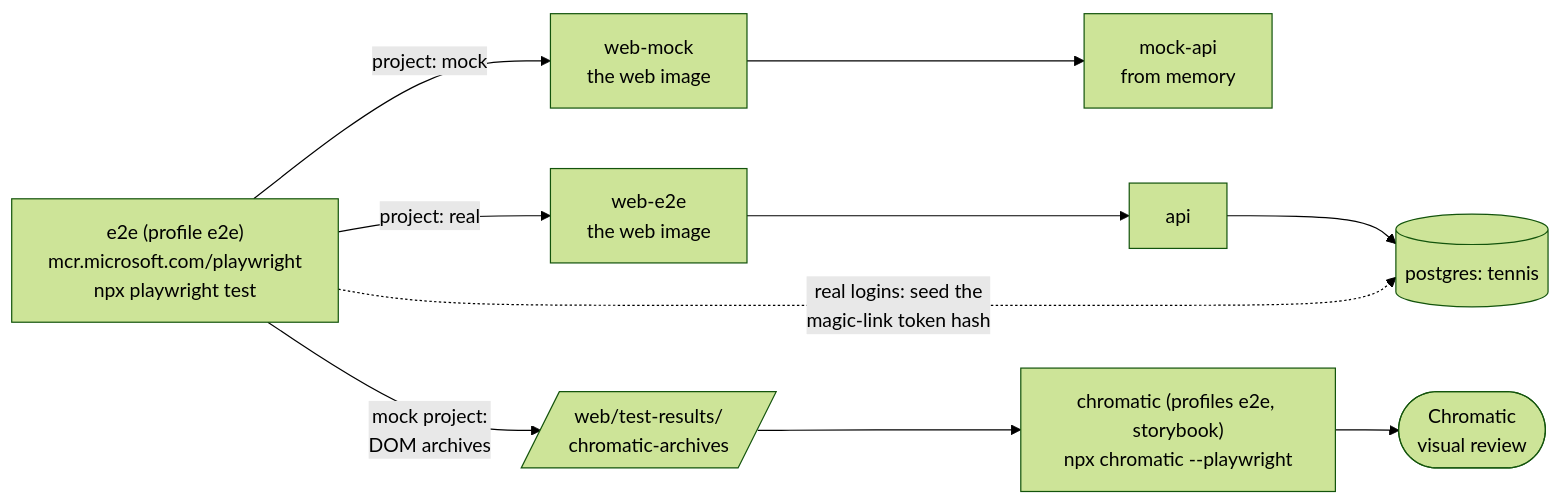
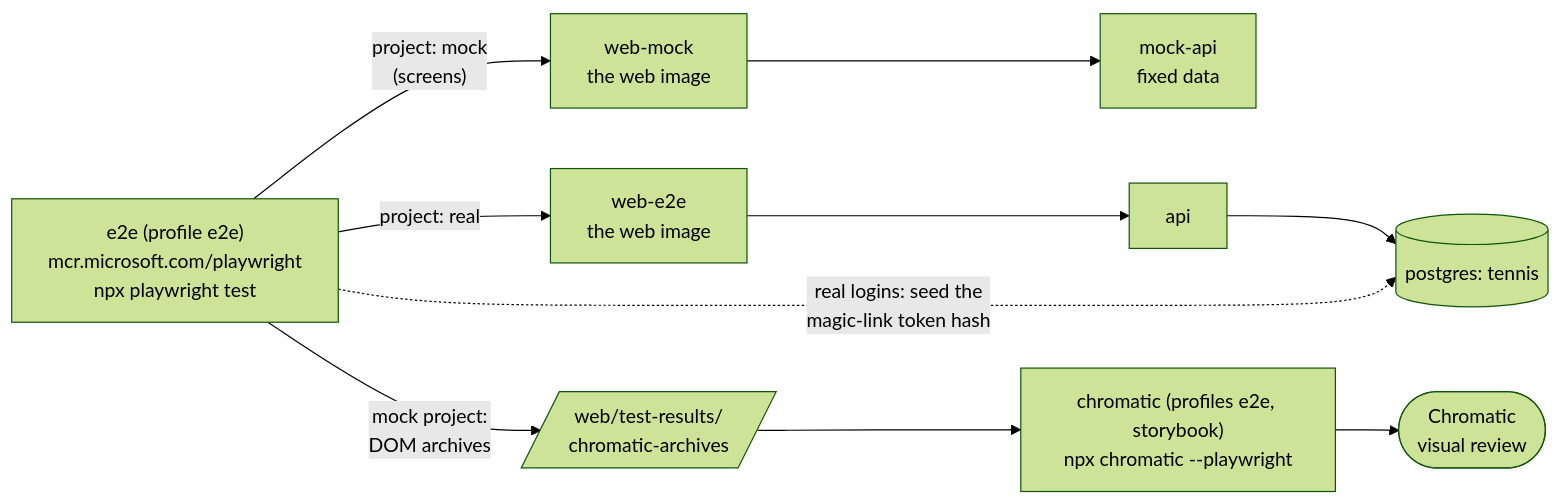
The tenth of 12 diagrams in docs/architecture.md (l1em1on1/social-tennis), drawn with Mermaid (forest theme) before and after one commit. The commit also changed other lines of this file and 27 other files, not shown here.

First line of the commit message:
The mock API keeps fixed data only: screens snapshotted from it, every flow against the real API (#234) (#261)

````diff
--- a/docs/architecture.md
+++ b/docs/architecture.md
@@ -486,9 +486,9 @@
 ```mermaid
 flowchart LR
-    E["e2e (profile e2e)<br/>mcr.microsoft.com/playwright<br/>npx playwright test"] -->|"project: mock"| WM["web-mock<br/>the web image"] --> MA["mock-api<br/>from memory"]
+    E["e2e (profile e2e)<br/>mcr.microsoft.com/playwright<br/>npx playwright test"] -->|"project: mock<br/>(screens)"| WM["web-mock<br/>the web image"] --> MA["mock-api<br/>fixed data"]
     E -->|"project: real"| WE["web-e2e<br/>the web image"]
     WE --> A2["api"] --> DB2[("postgres: tennis")]
     E -.->|"real logins: seed the<br/>magic-link token hash"| DB2
     E -->|"mock project:<br/>DOM archives"| AR[/"web/test-results/<br/>chromatic-archives"/]
     AR --> C["chromatic (profiles e2e, storybook)<br/>npx chromatic --playwright"] --> CH(["Chromatic<br/>visual review"])
 ```
````
